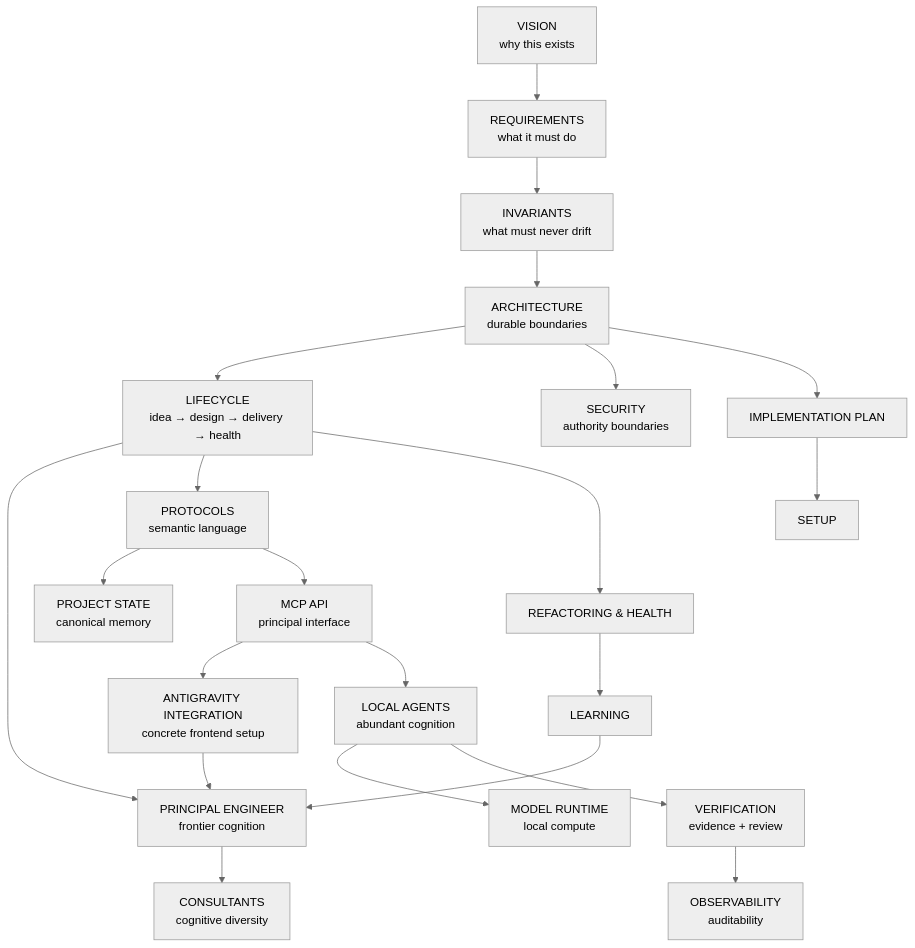
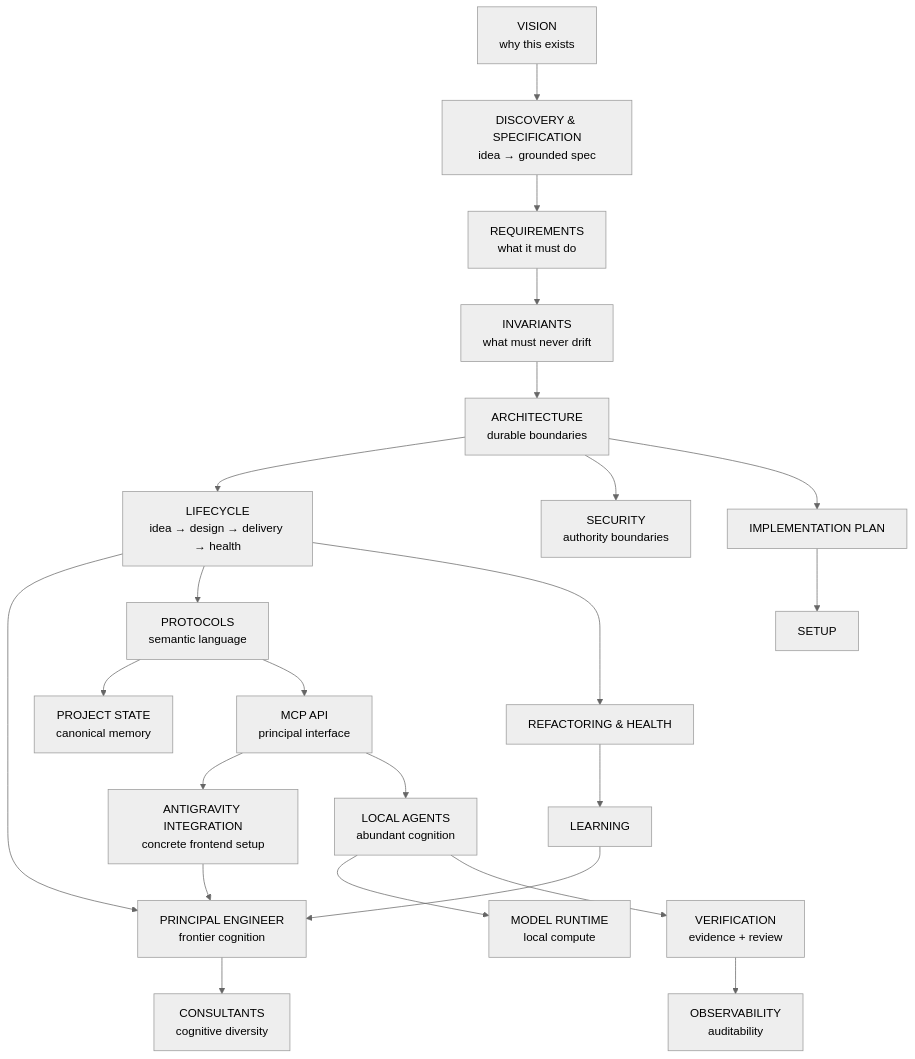
One commit to olostan/DevCadence changed the diagram in docs/README.md. Above: the diagram before and after it, drawn with Mermaid (neutral theme). The commit also changed other lines of this file, not shown here.

Commit message:
docs: add discovery subsystem to documentation map

````diff
--- a/docs/README.md
+++ b/docs/README.md
@@ -5,45 +5,47 @@
 ```mermaid
 flowchart TB
     Vision["VISION<br/>why this exists"]
     Req["REQUIREMENTS<br/>what it must do"]
+    Discovery["DISCOVERY & SPECIFICATION<br/>idea → grounded spec"]
     Inv["INVARIANTS<br/>what must never drift"]
     Arch["ARCHITECTURE<br/>durable boundaries"]
     Life["LIFECYCLE<br/>idea → design → delivery → health"]
     Principal["PRINCIPAL ENGINEER<br/>frontier cognition"]
     Protocol["PROTOCOLS<br/>semantic language"]
     State["PROJECT STATE<br/>canonical memory"]
     Local["LOCAL AGENTS<br/>abundant cognition"]
     MCP["MCP API<br/>principal interface"]
     AG["ANTIGRAVITY INTEGRATION<br/>concrete frontend setup"]
     Runtime["MODEL RUNTIME<br/>local compute"]
     Verify["VERIFICATION<br/>evidence + review"]
     Consult["CONSULTANTS<br/>cognitive diversity"]
     Security["SECURITY<br/>authority boundaries"]
     Observe["OBSERVABILITY<br/>auditability"]
     Health["REFACTORING & HEALTH"]
     Learn["LEARNING"]
     Plan["IMPLEMENTATION PLAN"]
     Setup["SETUP"]
 
-    Vision --> Req
+    Vision --> Discovery
+    Discovery --> Req
     Req --> Inv
     Inv --> Arch
     Arch --> Life
     Life --> Principal
     Life --> Protocol
     Protocol --> State
     Protocol --> MCP
     MCP --> AG
     AG --> Principal
     MCP --> Local
     Local --> Runtime
     Local --> Verify
     Principal --> Consult
     Arch --> Security
     Verify --> Observe
     Life --> Health
     Health --> Learn
     Learn --> Principal
     Arch --> Plan
     Plan --> Setup
 ```
````
